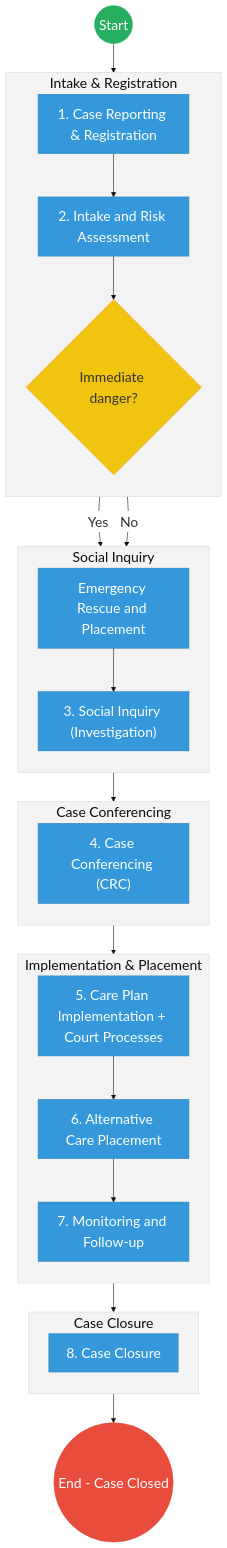
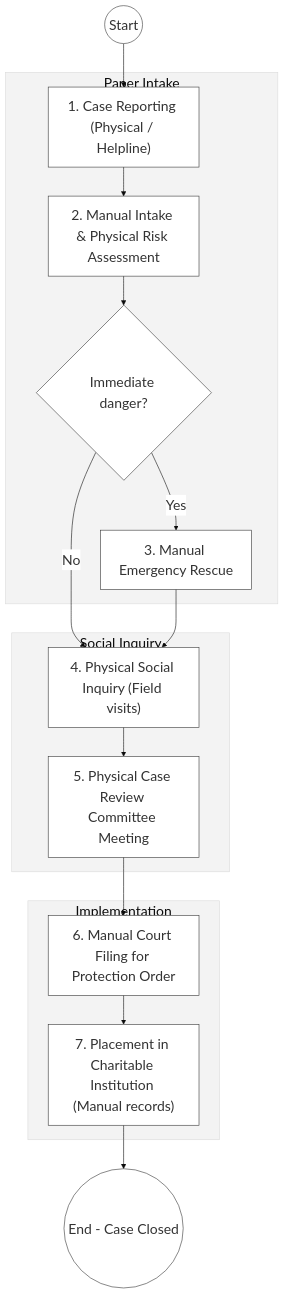
The first of 2 diagrams in mdas/docs_final/priority_mdas/State_Department_for_Children_Services___Service_Delivery.md (BITZ-IT-Consulting-LTD/ictapoc), drawn with Mermaid before and after one commit. The commit also changed other lines of this file and 37 other files, not shown here.

````diff
--- a/mdas/docs_final/priority_mdas/State_Department_for_Children_Services___Service_Delivery.md
+++ b/mdas/docs_final/priority_mdas/State_Department_for_Children_Services___Service_Delivery.md
@@ -38,65 +77,24 @@
 ```mermaid
 %%{init: { 'theme': 'base', 'themeVariables': { 'fontSize': '24px', 'fontFamily': 'Inter, system-ui, sans-serif', 'primaryColor': '#ffffff', 'edgeLabelBackground':'#ffffff', 'tertiaryColor': '#f3f3f3', 'mainBkg': '#ffffff', 'nodeBorder': '#333333' } } }%%
 flowchart TD
-    %% Events
-    Start((Start))
-    EndProcess(("End - Case Closed"))
-
-    subgraph Intake_Layer["Intake & Registration"]
-        direction TB
-        Report["1. Case Reporting & Registration"]
-        IntakeAss["2. Intake and Risk Assessment"]
-        RiskGateway{"Immediate danger?"}
+    Start((Start)) --> Report["1. Case Reporting (Physical / Helpline)"]
+    
+    subgraph Intake_Silo["Paper Intake"]
+        Report --> IntakeAss["2. Manual Intake & Physical Risk Assessment"]
+        IntakeAss --> RiskGateway{"Immediate danger?"}
+        RiskGateway -- "Yes" --> EmergResc["3. Manual Emergency Rescue"]
     end
 
     subgraph Investigation_Layer["Social Inquiry"]
-        direction TB
-        EmergResc["Emergency Rescue and Placement"]
-        Investigate["3. Social Inquiry (Investigation)"]
+        RiskGateway -- "No" --> Investigate["4. Physical Social Inquiry (Field visits)"]
+        EmergResc --> Investigate
+        Investigate --> CRC["5. Physical Case Review Committee Meeting"]
     end
 
-    subgraph Decision_Layer["Case Conferencing"]
-        direction TB
-        CRC["4. Case Conferencing (CRC)"]
+    subgraph Closure_Layer["Implementation"]
+        CRC --> CourtProc["6. Manual Court Filing for Protection Order"]
+        CourtProc --> Placement["7. Placement in Charitable Institution (Manual records)"]
     end
 
-    subgraph Intervention_Layer["Implementation & Placement"]
-        direction TB
-        CourtProc["5. Care Plan Implementation + Court Processes"]
-        Placement["6. Alternative Care Placement"]
-        Monitor["7. Monitoring and Follow-up"]
-    end
-
-    subgraph Closure_Layer["Case Closure"]
-        direction TB
-        CloseProc["8. Case Closure"]
-    end
-
-    %% Flow connections
-    Start --> Report
-    Report --> IntakeAss
-    IntakeAss --> RiskGateway
-    
-    RiskGateway -- "Yes" --> EmergResc
-    EmergResc --> Investigate
-    RiskGateway -- "No" --> Investigate
-    
-    Investigate --> CRC
-    CRC --> CourtProc
-    CourtProc --> Placement
-    
-    Placement --> Monitor
-    Monitor --> CloseProc
-    CloseProc --> EndProcess
-
-    %% Styling
-    classDef startEvent fill:#27ae60,stroke:#27ae60,color:#fff,font-size:24px;;
-    classDef endEvent fill:#e74c3c,stroke:#e74c3c,color:#fff,font-size:24px;;
-    classDef userTask fill:#3498db,stroke:#2980b9,color:#fff,font-size:24px;;
-    classDef gateway fill:#f1c40f,stroke:#f39c12,color:#333,font-size:24px;;
-    
-    class Start startEvent;
-    class EndProcess endEvent;
-    class RiskGateway gateway;
-    class Report,IntakeAss,EmergResc,Investigate,CRC,CourtProc,Placement,Monitor,CloseProc userTask;
+    Placement --> EndProcess(("End - Case Closed"))
 ```
````
